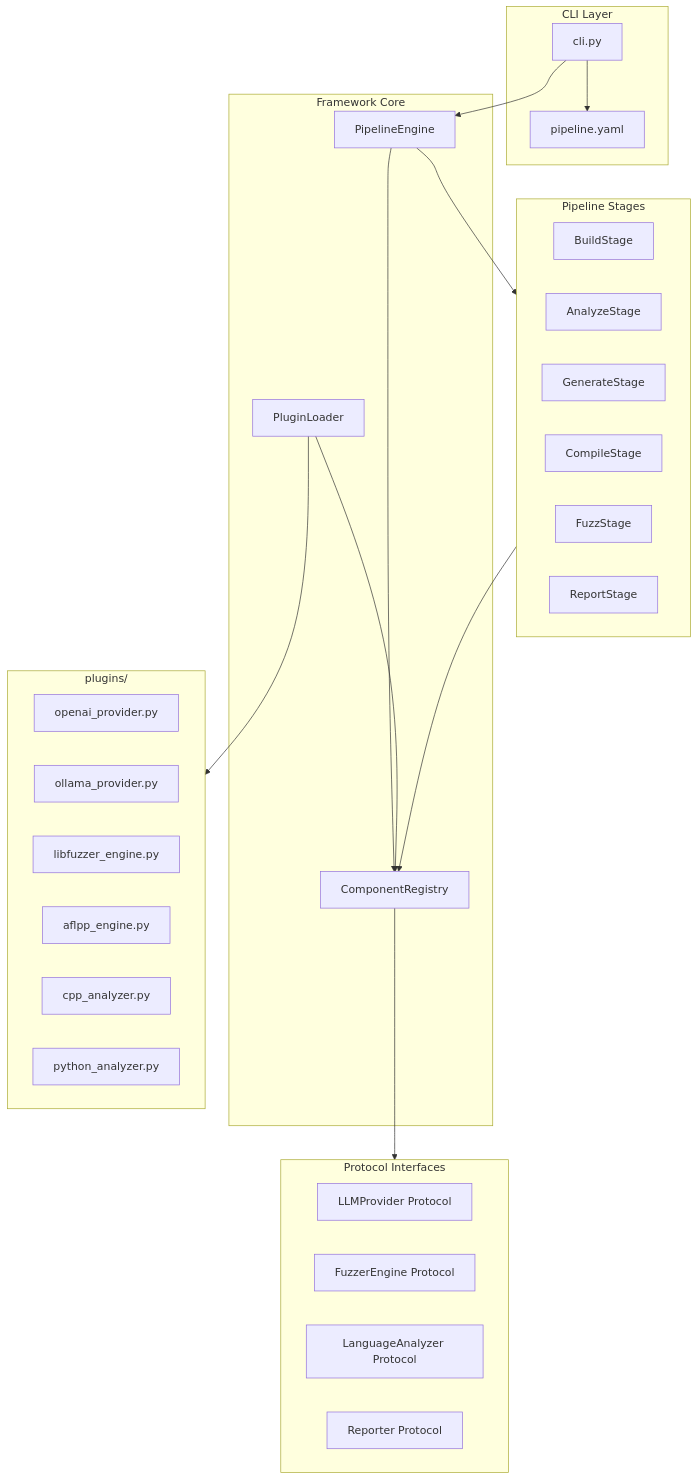
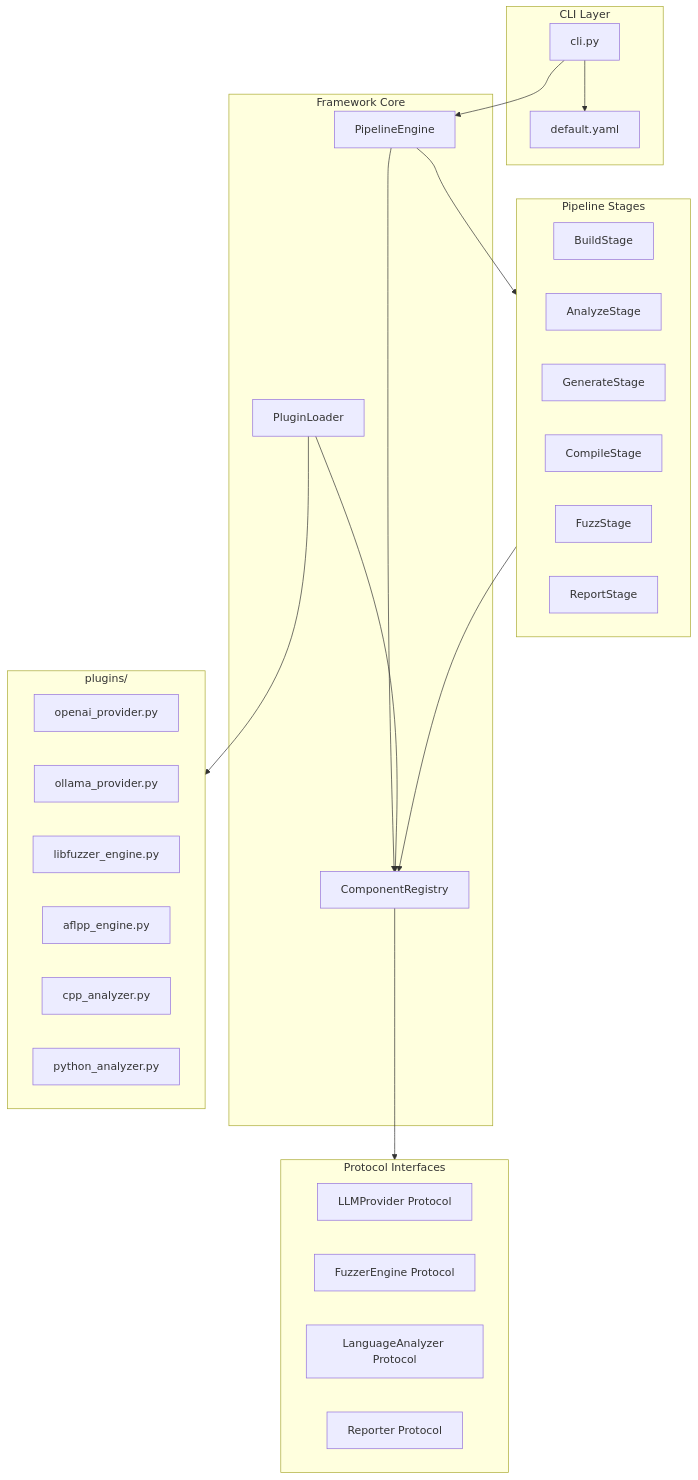
One commit to thientc/FutagAssist changed the first of 4 diagrams in docs/ARCHITECTURE.md. Above: the diagram before and after it, drawn with Mermaid. The commit also changed other lines of this file and 31 other files, not shown here.

````diff
--- a/docs/ARCHITECTURE.md
+++ b/docs/ARCHITECTURE.md
@@ -16,47 +16,47 @@
 ```mermaid
 flowchart TB
     subgraph CLI [CLI Layer]
         cmd[cli.py]
-        pipeconf[pipeline.yaml]
+        pipeconf[default.yaml]
     end
 
     subgraph Framework [Framework Core]
         registry[ComponentRegistry]
         loader[PluginLoader]
         pipeline[PipelineEngine]
     end
 
     subgraph Protocols [Protocol Interfaces]
         llmprot[LLMProvider Protocol]
         fuzzprot[FuzzerEngine Protocol]
         langprot[LanguageAnalyzer Protocol]
         reportprot[Reporter Protocol]
     end
 
     subgraph Plugins [plugins/]
         openai[openai_provider.py]
         ollama[ollama_provider.py]
         libfuzz[libfuzzer_engine.py]
         aflpp[aflpp_engine.py]
         cpp[cpp_analyzer.py]
         python[python_analyzer.py]
     end
 
     subgraph Stages [Pipeline Stages]
         s1[BuildStage]
         s2[AnalyzeStage]
         s3[GenerateStage]
         s4[CompileStage]
         s5[FuzzStage]
         s6[ReportStage]
     end
 
     cmd --> pipeconf
     cmd --> pipeline
     pipeline --> registry
     loader --> Plugins
     loader --> registry
     registry --> Protocols
     pipeline --> Stages
     Stages --> registry
 ```
````
